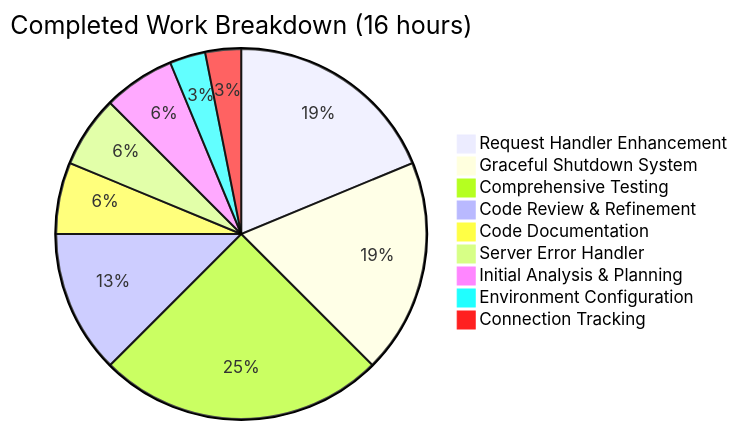
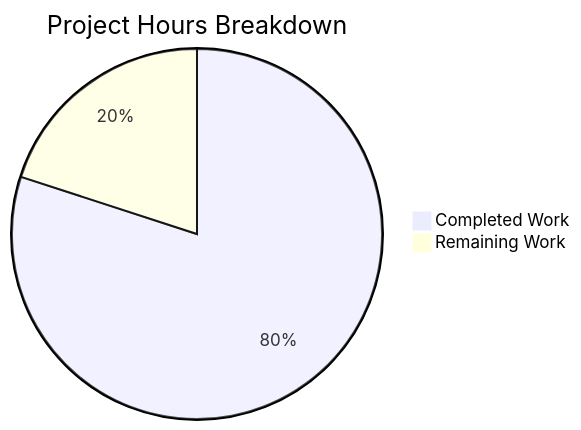
The first of 2 diagrams in blitzy/documentation/Project Guide.md (lakshya-blitzy/hello_world_lakshya_github), drawn with Mermaid before and after one commit. The commit also changed other lines of this file, not shown here.

Commit message:
Adding Blitzy Project Guide: Project Status and Human Tasks Remaining

````diff
--- a/blitzy/documentation/Project Guide.md
+++ b/blitzy/documentation/Project Guide.md
@@ -176,12 +328,5 @@
 ```mermaid
-pie title Completed Work Breakdown (16 hours)
-    "Request Handler Enhancement" : 3
-    "Graceful Shutdown System" : 3
-    "Comprehensive Testing" : 4
-    "Code Review & Refinement" : 2
-    "Code Documentation" : 1
-    "Server Error Handler" : 1
-    "Initial Analysis & Planning" : 1
-    "Environment Configuration" : 0.5
-    "Connection Tracking" : 0.5
+pie title Project Hours Breakdown
+    "Completed Work" : 6.0
+    "Remaining Work" : 1.5
 ```
````
